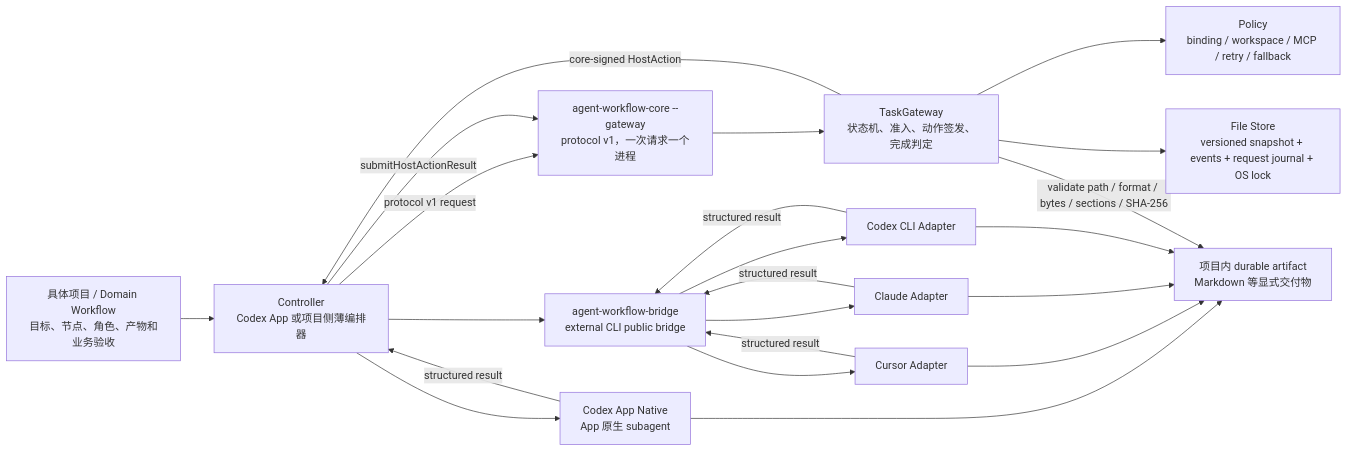
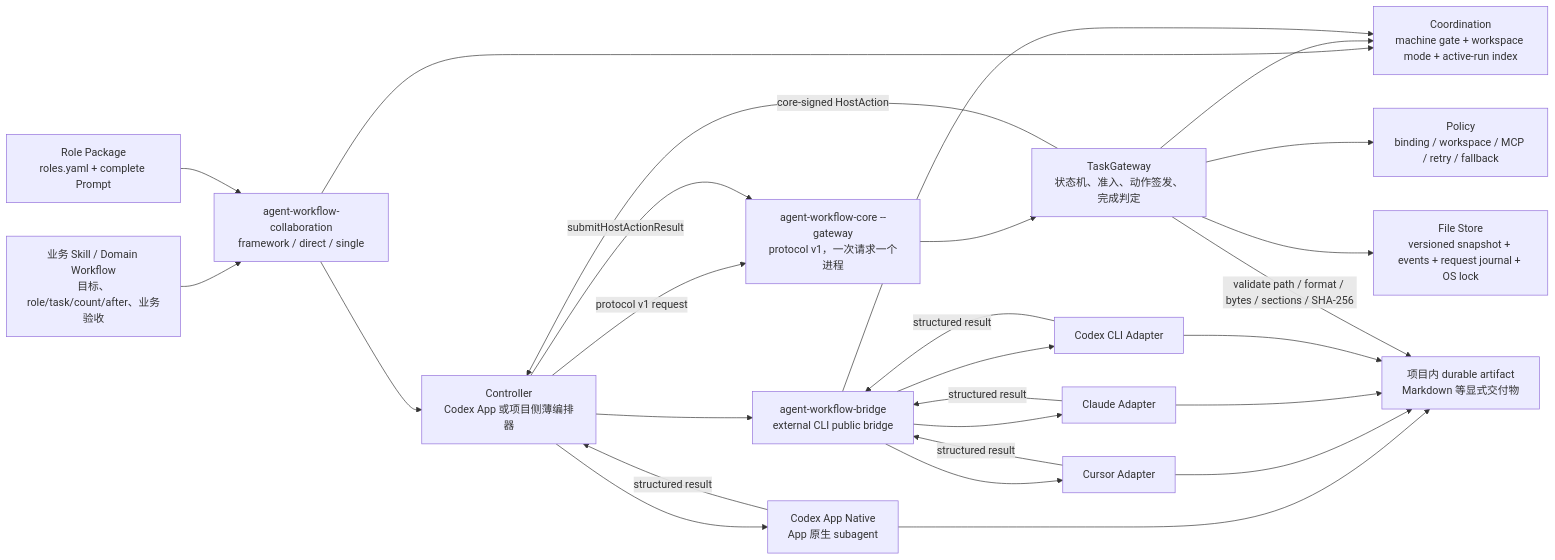
Before and after one commit to Ice-Maple/agent-workflow-toolkit: the first of 3 diagrams in docs/architecture/multi-agent-orchestration-architecture.md, drawn with Mermaid. The commit also changed other lines of this file and 20 other files, not shown here.

````diff
--- a/docs/architecture/multi-agent-orchestration-architecture.md
+++ b/docs/architecture/multi-agent-orchestration-architecture.md
@@ -24,37 +25,45 @@
 ```mermaid
 flowchart LR
-    Domain["具体项目 / Domain Workflow<br/>目标、节点、角色、产物和业务验收"]
+    Domain["业务 Skill / Domain Workflow<br/>目标、role/task/count/after、业务验收"]
+    Roles["Role Package<br/>roles.yaml + complete Prompt"]
+    Router["agent-workflow-collaboration<br/>framework / direct / single"]
+    Coordination["Coordination<br/>machine gate + workspace mode + active-run index"]
     Controller["Controller<br/>Codex App 或项目侧薄编排器"]
     CLI["agent-workflow-core --gateway<br/>protocol v1，一次请求一个进程"]
     Core["TaskGateway<br/>状态机、准入、动作签发、完成判定"]
     Policy["Policy<br/>binding / workspace / MCP / retry / fallback"]
     Store["File Store<br/>versioned snapshot + events + request journal + OS lock"]
     Native["Codex App Native<br/>App 原生 subagent"]
     Bridge["agent-workflow-bridge<br/>external CLI public bridge"]
     Cursor["Cursor Adapter"]
     Claude["Claude Adapter"]
     Codex["Codex CLI Adapter"]
     Artifact["项目内 durable artifact<br/>Markdown 等显式交付物"]
 
-    Domain --> Controller
+    Domain --> Router
+    Roles --> Router
+    Router --> Coordination
+    Router --> Controller
     Controller -->|"protocol v1 request"| CLI
     CLI --> Core
     Core --> Policy
+    Core --> Coordination
     Core --> Store
     Core -->|"core-signed HostAction"| Controller
     Controller --> Native
     Controller --> Bridge
+    Bridge --> Coordination
     Bridge --> Cursor
     Bridge --> Claude
     Bridge --> Codex
     Native -->|"structured result"| Controller
     Cursor -->|"structured result"| Bridge
     Claude -->|"structured result"| Bridge
     Codex -->|"structured result"| Bridge
     Controller -->|"submitHostActionResult"| CLI
     Native --> Artifact
     Cursor --> Artifact
     Claude --> Artifact
     Codex --> Artifact
     Core -->|"validate path / format / bytes / sections / SHA-256"| Artifact
 ```
````
